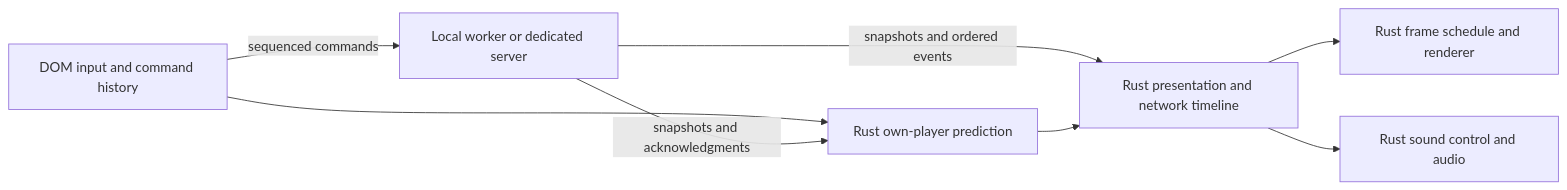
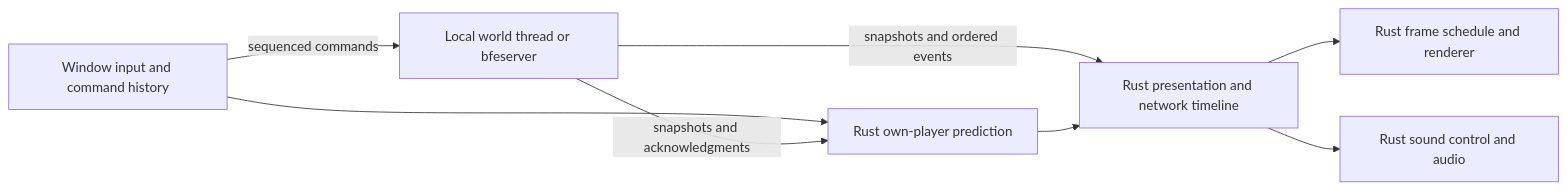
The diagram in docs/runtime-architecture.md (centrevilletech/battlefront-eternal), drawn with Mermaid before and after one commit. The commit also changed other lines of this file and 1906 other files, not shown here.

````diff
--- a/docs/runtime-architecture.md
+++ b/docs/runtime-architecture.md
@@ -37,10 +32,10 @@
 ```mermaid
 flowchart LR
-  Input[DOM input and command history] -->|sequenced commands| Authority[Local worker or dedicated server]
-  Input --> Prediction[Rust own-player prediction]
-  Authority -->|snapshots and acknowledgments| Prediction
-  Authority -->|snapshots and ordered events| View[Rust presentation and network timeline]
+  Input["Window input and command history"] -->|"sequenced commands"| Authority["Local world thread or bfeserver"]
+  Input --> Prediction["Rust own-player prediction"]
+  Authority -->|"snapshots and acknowledgments"| Prediction
+  Authority -->|"snapshots and ordered events"| View["Rust presentation and network timeline"]
   Prediction --> View
-  View --> Render[Rust frame schedule and renderer]
-  View --> Audio[Rust sound control and audio]
+  View --> Render["Rust frame schedule and renderer"]
+  View --> Audio["Rust sound control and audio"]
 ```
````
